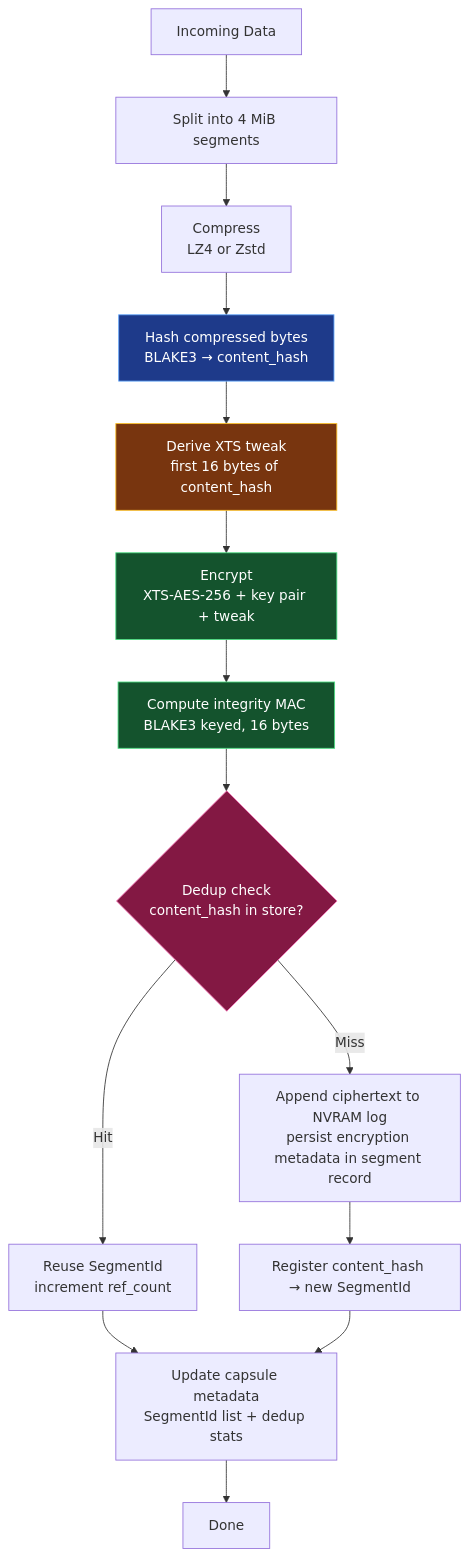
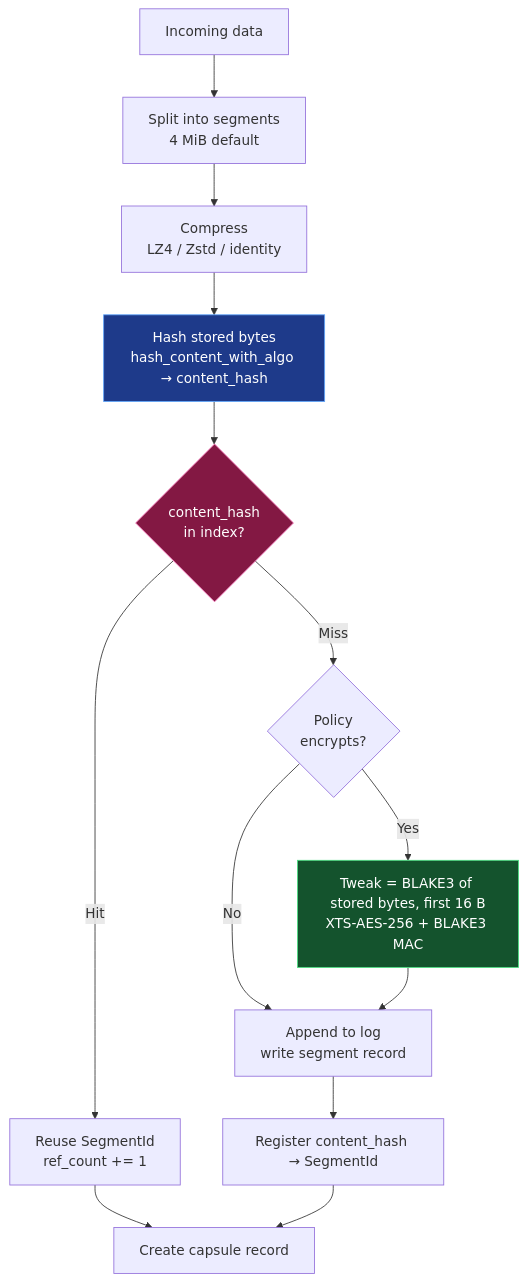
One commit to saworbit/SPACE changed the diagram in docs/implementation/ENCRYPTED_DEDUP_FLOW.md. Above: the diagram before and after it, drawn with Mermaid. The commit also changed other lines of this file and 12 other files, not shown here.

````diff
--- a/docs/implementation/ENCRYPTED_DEDUP_FLOW.md
+++ b/docs/implementation/ENCRYPTED_DEDUP_FLOW.md
@@ -58,25 +50,22 @@
 ```mermaid
 flowchart TD
-    A[Incoming Data] --> B[Split into 4 MiB segments]
-    B --> C[Compress<br/>LZ4 or Zstd]
-    C --> D[Hash compressed bytes<br/>BLAKE3 → content_hash]
-    D --> E[Derive XTS tweak<br/>first 16 bytes of content_hash]
-    E --> F[Encrypt<br/>XTS-AES-256 + key pair + tweak]
-    F --> G[Compute integrity MAC<br/>BLAKE3 keyed, 16 bytes]
-    G --> H{Dedup check<br/>content_hash in store?}
-    H -- Hit --> I[Reuse SegmentId<br/>increment ref_count]
-    H -- Miss --> J[Append ciphertext to NVRAM log<br/>persist encryption metadata in segment record]
-    J --> K[Register content_hash → new SegmentId]
-    I --> L[Update capsule metadata<br/>SegmentId list + dedup stats]
-    K --> L
-    L --> M[Done]
+    A[Incoming data] --> B[Split into segments<br/>4 MiB default]
+    B --> C[Compress<br/>LZ4 / Zstd / identity]
+    C --> D[Hash stored bytes<br/>hash_content_with_algo → content_hash]
+    D --> E{content_hash<br/>in index?}
+    E -- Hit --> F[Reuse SegmentId<br/>ref_count += 1]
+    E -- Miss --> G{Policy<br/>encrypts?}
+    G -- Yes --> H[Tweak = BLAKE3 of stored bytes, first 16 B<br/>XTS-AES-256 + BLAKE3 MAC]
+    G -- No --> I[Append to log<br/>write segment record]
+    H --> I
+    I --> J[Register content_hash → SegmentId]
+    F --> K[Create capsule record]
+    J --> K
 
     classDef hash fill:#1e3a8a,stroke:#60a5fa,color:#fff
-    classDef tweak fill:#78350f,stroke:#fbbf24,color:#fff
     classDef encrypt fill:#14532d,stroke:#4ade80,color:#fff
     classDef dedup fill:#831843,stroke:#f472b6,color:#fff
     class D hash
-    class E tweak
-    class F,G encrypt
-    class H dedup
+    class H encrypt
+    class E dedup
 ```
````
